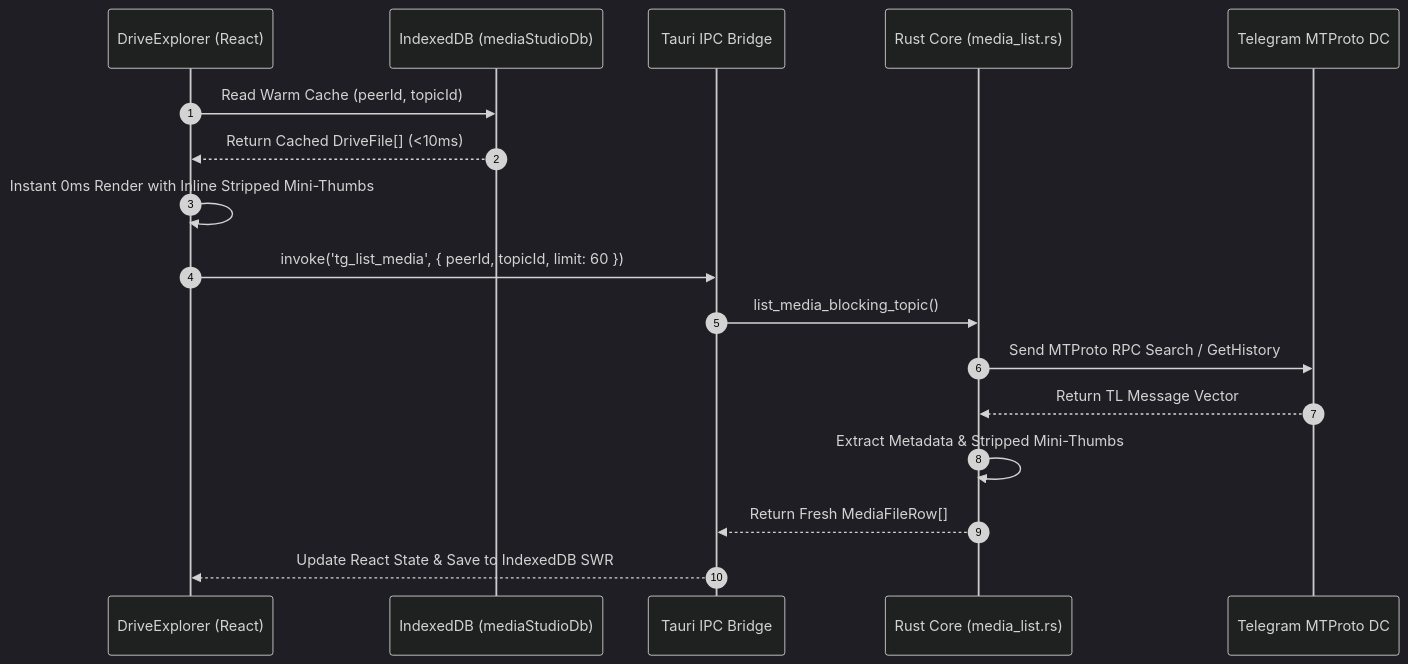
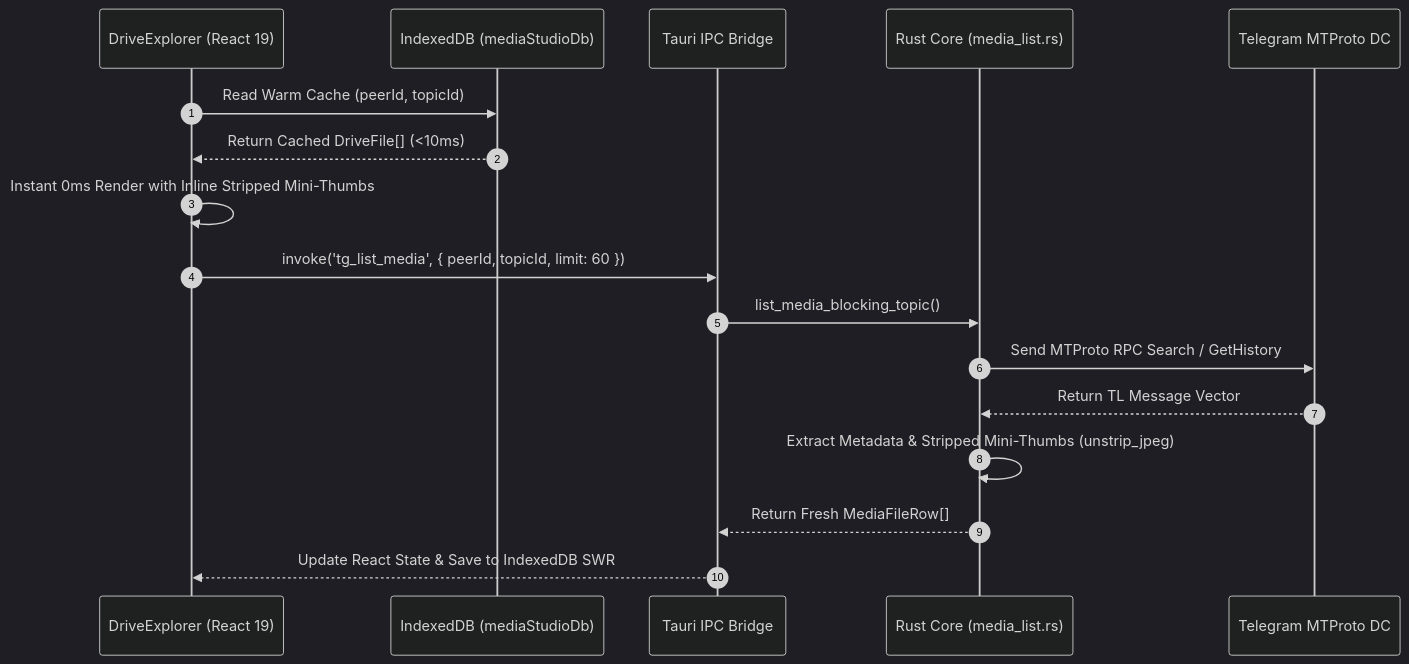
The first of 5 diagrams in AutoGram App/docs/architecture/AUTOGRAM_MASTER_ARCHITECTURE_WORKFLOW.md (Zy0x/AutoGram), drawn with Mermaid (dark theme) before and after one commit. The commit also changed other lines of this file, not shown here.

Commit message:
docs(architecture): expand ultra-detailed master architecture specification to v2.7.1

````diff
--- a/AutoGram App/docs/architecture/AUTOGRAM_MASTER_ARCHITECTURE_WORKFLOW.md
+++ b/AutoGram App/docs/architecture/AUTOGRAM_MASTER_ARCHITECTURE_WORKFLOW.md
@@ -370,21 +387,21 @@
 ```mermaid
 sequenceDiagram
     autonumber
-    participant UI as DriveExplorer (React)
+    participant UI as DriveExplorer (React 19)
     participant DB as IndexedDB (mediaStudioDb)
     participant IPC as Tauri IPC Bridge
     participant Rust as Rust Core (media_list.rs)
     participant TG as Telegram MTProto DC
 
     UI->>DB: Read Warm Cache (peerId, topicId)
     DB-->>UI: Return Cached DriveFile[] (<10ms)
     UI->>UI: Instant 0ms Render with Inline Stripped Mini-Thumbs
 
     UI->>IPC: invoke('tg_list_media', { peerId, topicId, limit: 60 })
     IPC->>Rust: list_media_blocking_topic()
     Rust->>TG: Send MTProto RPC Search / GetHistory
     TG-->>Rust: Return TL Message Vector
-    Rust->>Rust: Extract Metadata & Stripped Mini-Thumbs
+    Rust->>Rust: Extract Metadata & Stripped Mini-Thumbs (unstrip_jpeg)
     Rust-->>IPC: Return Fresh MediaFileRow[]
     IPC-->>UI: Update React State & Save to IndexedDB SWR
 ```
````
